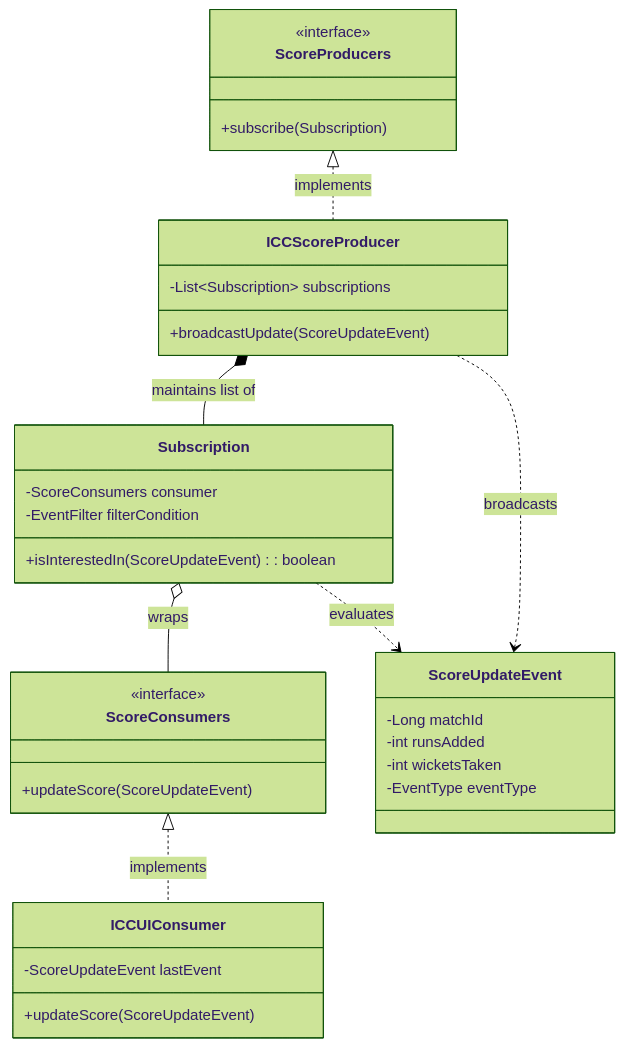
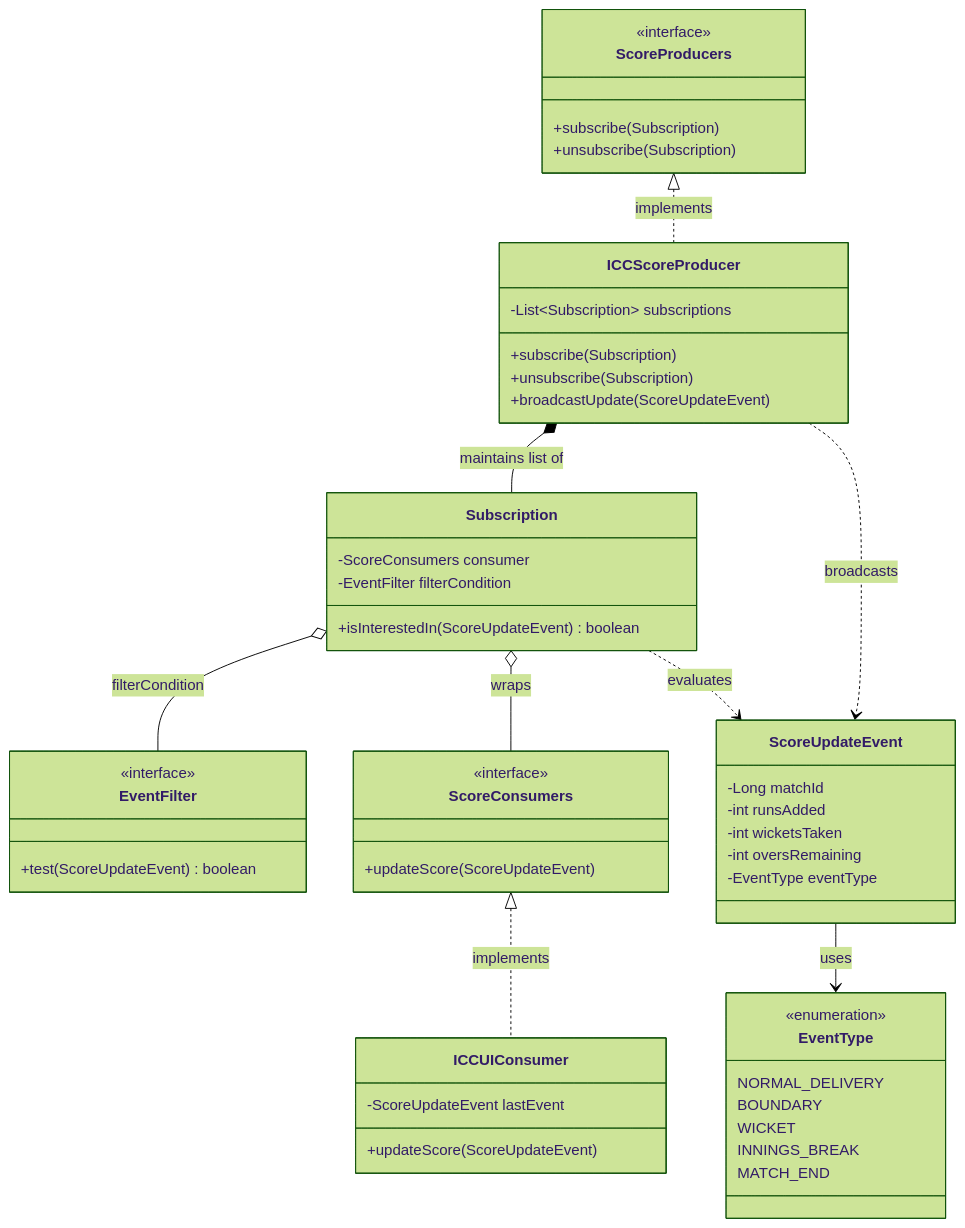
Before and after one commit to Prakhar-FF13/Low-Level-Design: the second of 3 diagrams in src/main/java/com/springmicroservice/lowleveldesignproblems/cricbuzz/README.md, drawn with Mermaid (forest theme). The commit also changed other lines of this file and 6 other files, not shown here.

Commit message:
feat: Enhance low-level design documentation with new class diagrams for ATM, Bookmyshow, Cache System, Cricbuzz, Parking Lot, Route Handler, and Rule Engine, including additional classes and relationships for improved clarity.

````diff
--- a/src/main/java/com/springmicroservice/lowleveldesignproblems/cricbuzz/README.md
+++ b/src/main/java/com/springmicroservice/lowleveldesignproblems/cricbuzz/README.md
@@ -303,42 +343,62 @@
 ```mermaid
 classDiagram
     class ScoreProducers {
         <<interface>>
         +subscribe(Subscription)
+        +unsubscribe(Subscription)
     }
 
     class ICCScoreProducer {
         -List~Subscription~ subscriptions
+        +subscribe(Subscription)
+        +unsubscribe(Subscription)
         +broadcastUpdate(ScoreUpdateEvent)
+    }
+
+    class EventFilter {
+        <<interface>>
+        +test(ScoreUpdateEvent) boolean
     }
 
     class Subscription {
         -ScoreConsumers consumer
         -EventFilter filterCondition
-        +isInterestedIn(ScoreUpdateEvent): boolean
+        +isInterestedIn(ScoreUpdateEvent) boolean
     }
 
     class ScoreUpdateEvent {
         -Long matchId
         -int runsAdded
         -int wicketsTaken
+        -int oversRemaining
         -EventType eventType
+    }
+
+    class EventType {
+        <<enumeration>>
+        NORMAL_DELIVERY
+        BOUNDARY
+        WICKET
+        INNINGS_BREAK
+        MATCH_END
     }
 
     class ScoreConsumers {
         <<interface>>
         +updateScore(ScoreUpdateEvent)
     }
 
     class ICCUIConsumer {
         -ScoreUpdateEvent lastEvent
         +updateScore(ScoreUpdateEvent)
     }
 
     ScoreProducers <|.. ICCScoreProducer : implements
     ScoreConsumers <|.. ICCUIConsumer : implements
     ICCScoreProducer *-- Subscription : maintains list of
     Subscription o-- ScoreConsumers : wraps
+    Subscription o-- EventFilter : filterCondition
     Subscription ..> ScoreUpdateEvent : evaluates
     ICCScoreProducer ..> ScoreUpdateEvent : broadcasts
+    ScoreUpdateEvent --> EventType : uses
 ```
````
